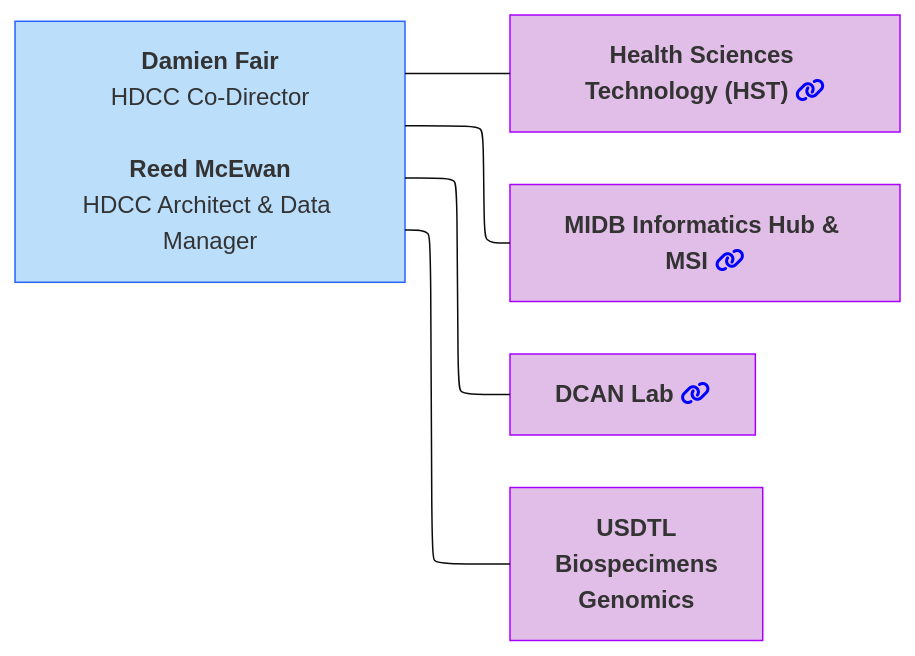
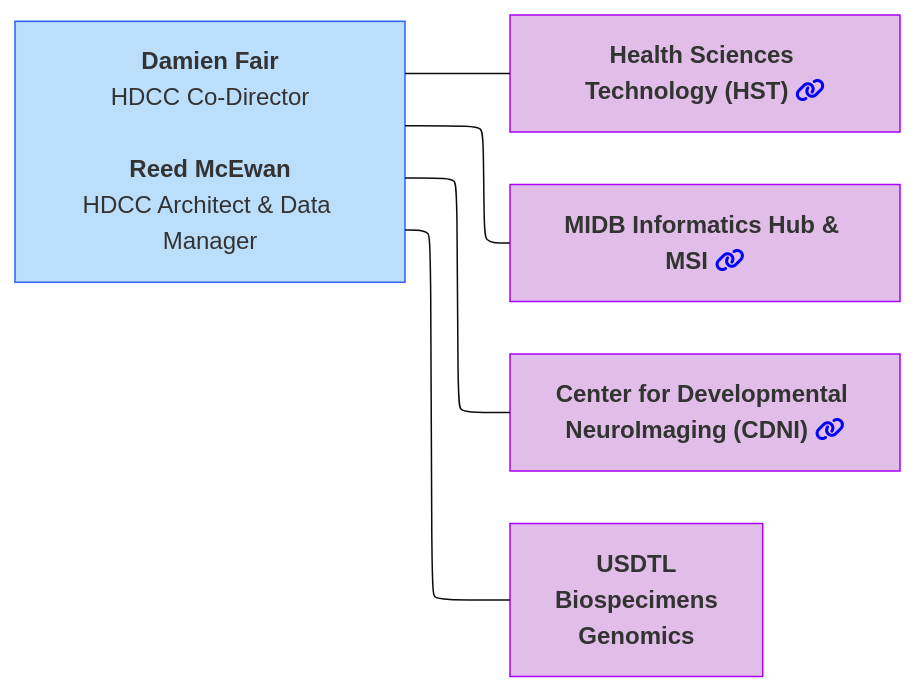
Before and after one commit to DCAN-Labs/hbcd-docs-internal: the seventh of 11 diagrams in docs/orgcharts.md, drawn with Mermaid (base theme). The commit also changed other lines of this file, not shown here.

Commit message:
change DCAN to CDNI

````diff
--- a/docs/orgcharts.md
+++ b/docs/orgcharts.md
@@ -346,19 +346,19 @@
 ```mermaid
 ---
 config:
   layout: elk
 ---
 flowchart LR
     A1["<b>Damien Fair</b><br>HDCC Co-Director<br><br><b>Reed McEwan</b><br>HDCC Architect &amp; Data Manager"] 
     A1 --- HST["<b>Health Sciences Technology (HST)</b> <i class="fa-solid fa-link" style="color: blue;"></i>"]
     A1 --- MIDB["<b>MIDB Informatics Hub &amp; MSI</b> <i class="fa-solid fa-link" style="color: blue;"></i>"]
-    A1 --- DCAN["<b>DCAN Lab</b> <i class="fa-solid fa-link" style="color: blue;"></i>"] & n6["<b>USDTL<br>Biospecimens<br>Genomics</b>"]
+    A1 --- CDNI["<b>Center for Developmental NeuroImaging (CDNI)</b> <i class="fa-solid fa-link" style="color: blue;"></i>"] & n6["<b>USDTL<br>Biospecimens<br>Genomics</b>"]
     style A1 fill:#BBDEFB,stroke:#2962FF
     style HST fill:#E1BEE7,stroke:#AA00FF
     style MIDB fill:#E1BEE7,stroke:#AA00FF
-    style DCAN fill:#E1BEE7,stroke:#AA00FF
+    style CDNI fill:#E1BEE7,stroke:#AA00FF
     style n6 fill:#E1BEE7,stroke:#AA00FF
     click HST "#health-sciences-technology-hst"
     click MIDB "#midb-informatics-hub-msi"
-    click DCAN "#dcan-lab"
+    click CDNI "#center-for-developmental-neuroimaging"
 ```
````
